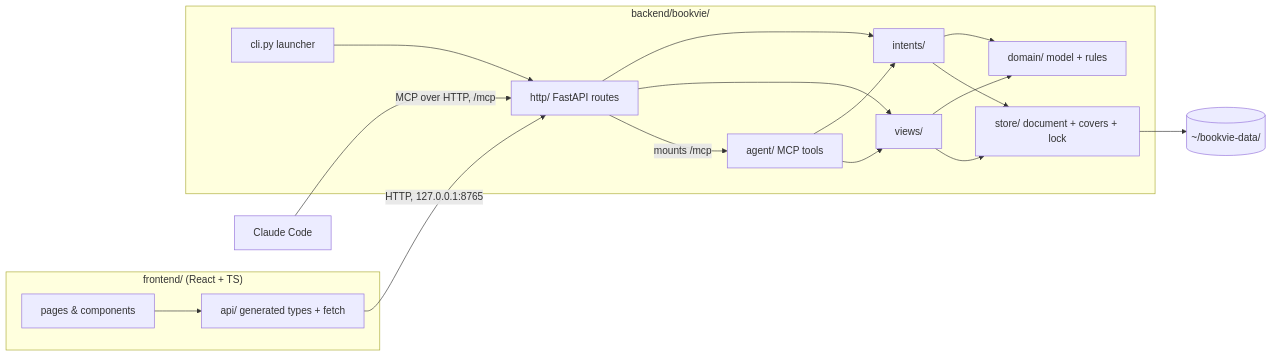
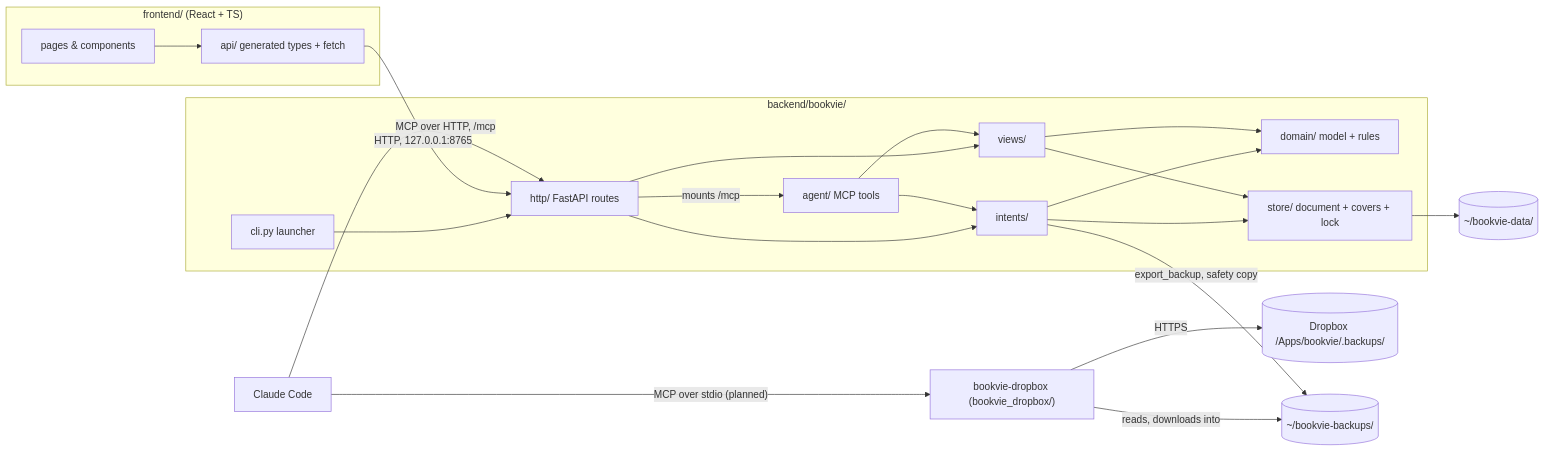
Before and after one commit to olegood/bookvie: the first of 3 diagrams in _bmad-output/planning-artifacts/architecture/architecture-bookvie-2026-10-29/ARCHITECTURE-SPINE.md, drawn with Mermaid. The commit also changed other lines of this file and 8 other files, not shown here.

First line of the commit message:
docs: add AD-22 Dropbox backup and agent restore to the spine

````diff
--- a/_bmad-output/planning-artifacts/architecture/architecture-bookvie-2026-10-29/ARCHITECTURE-SPINE.md
+++ b/_bmad-output/planning-artifacts/architecture/architecture-bookvie-2026-10-29/ARCHITECTURE-SPINE.md
@@ -30,21 +31,25 @@
 ```mermaid
 flowchart LR
   subgraph client["frontend/ (React + TS)"]
     UI[pages & components] --> API[api/ generated types + fetch]
   end
   subgraph server["backend/bookvie/"]
     HTTP[http/ FastAPI routes] --> INT[intents/]
     HTTP --> VIEWS[views/]
     INT --> DOM[domain/ model + rules]
     VIEWS --> DOM
     INT --> STORE[store/ document + covers + lock]
     VIEWS --> STORE
     CLI[cli.py launcher] --> HTTP
     HTTP -- "mounts /mcp" --> AGT[agent/ MCP tools]
     AGT --> INT
     AGT --> VIEWS
   end
   API -- "HTTP, 127.0.0.1:8765" --> HTTP
   CC[Claude Code] -- "MCP over HTTP, /mcp" --> HTTP
+  CC -- "MCP over stdio (planned)" --> DBX["bookvie-dropbox (bookvie_dropbox/)"]
+  DBX -- "HTTPS" --> DROP[("Dropbox /Apps/bookvie/.backups/")]
+  DBX -- "reads, downloads into" --> BK[("~/bookvie-backups/")]
+  INT -- "export_backup, safety copy" --> BK
   STORE --> FS[("~/bookvie-data/")]
 ```
````
